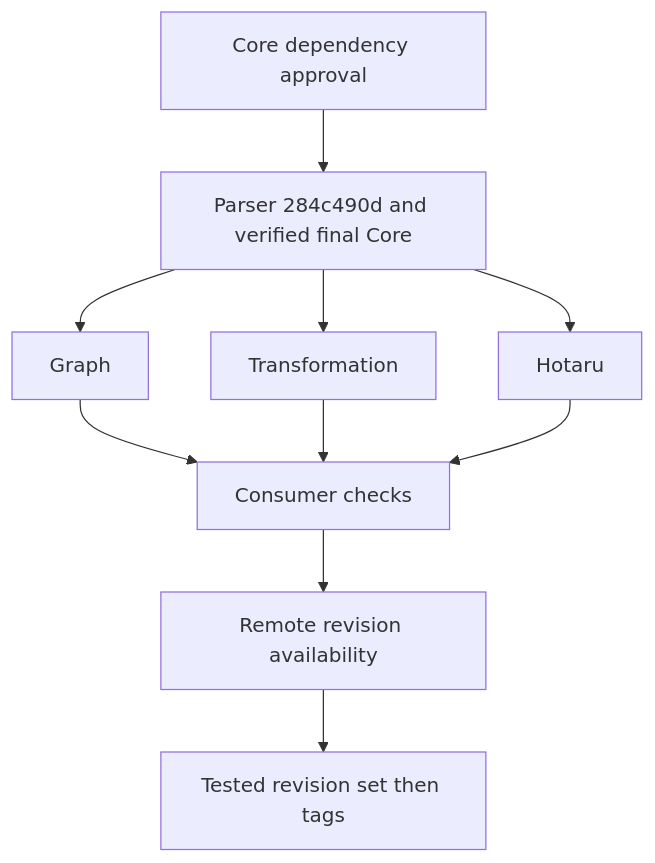
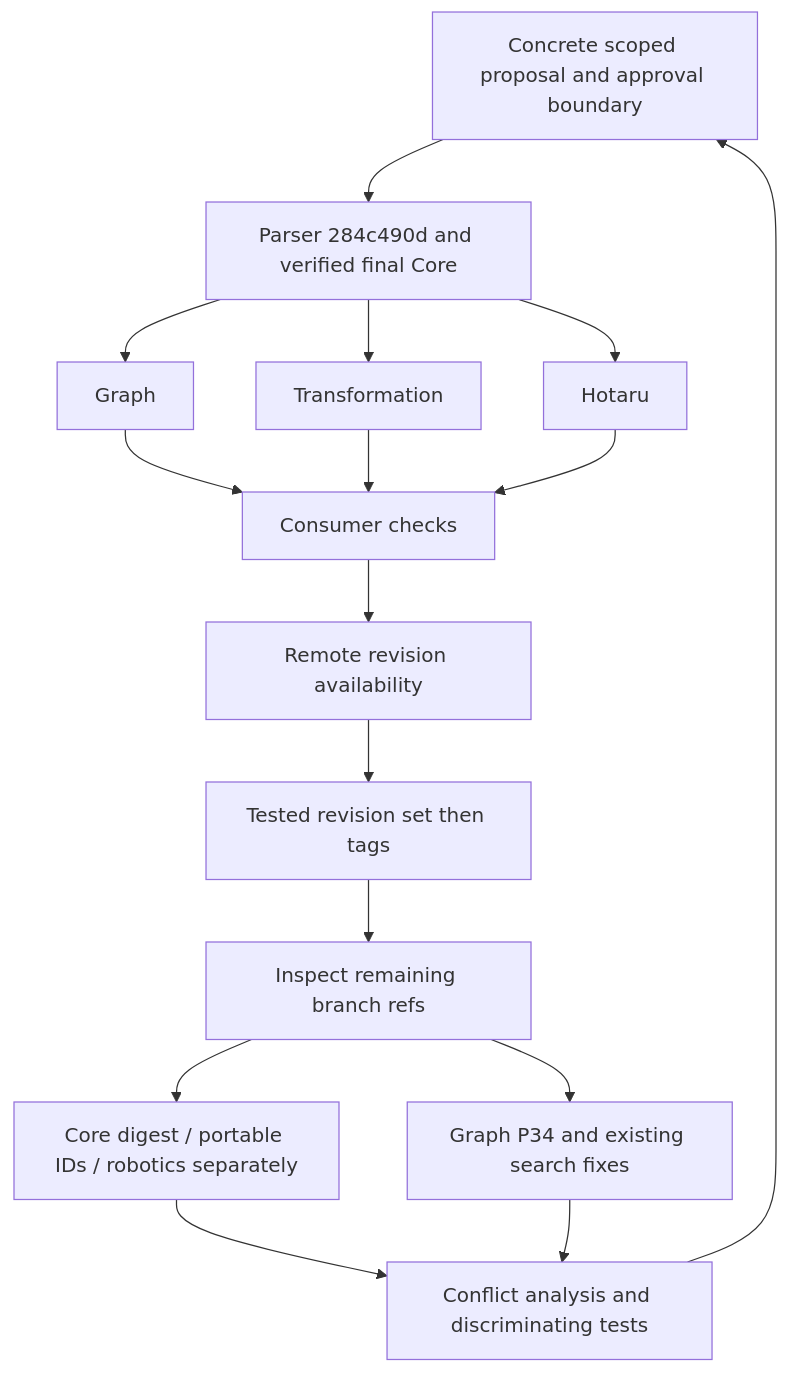
The diagram in docs/plans/2026-09-05-dependency-refresh/plan.mmd (hymeko-framework/core), drawn with Mermaid before and after one commit. The commit also changed 13 other files, not shown here.

First line of the commit message:
docs(core): audit remaining digest and P34 branches with counterexamples

```diff
--- a/docs/plans/2026-09-05-dependency-refresh/plan.mmd
+++ b/docs/plans/2026-09-05-dependency-refresh/plan.mmd
@@ -1,10 +1,16 @@
 flowchart TD
   A[Core dependency approval] --> C[Parser 284c490d and verified final Core]
   C --> G[Graph]
   C --> T[Transformation]
   C --> H[Hotaru]
   G --> U[Consumer checks]
   T --> U
   H --> U
   U --> R[Remote revision availability]
   R --> TAG[Tested revision set then tags]
+  TAG --> B[Inspect remaining branch refs]
+  B --> S[Core digest / portable IDs / robotics separately]
+  B --> P[Graph P34 and existing search fixes]
+  S --> V[Conflict analysis and discriminating tests]
+  P --> V
+  V --> A[Concrete scoped proposal and approval boundary]
```
